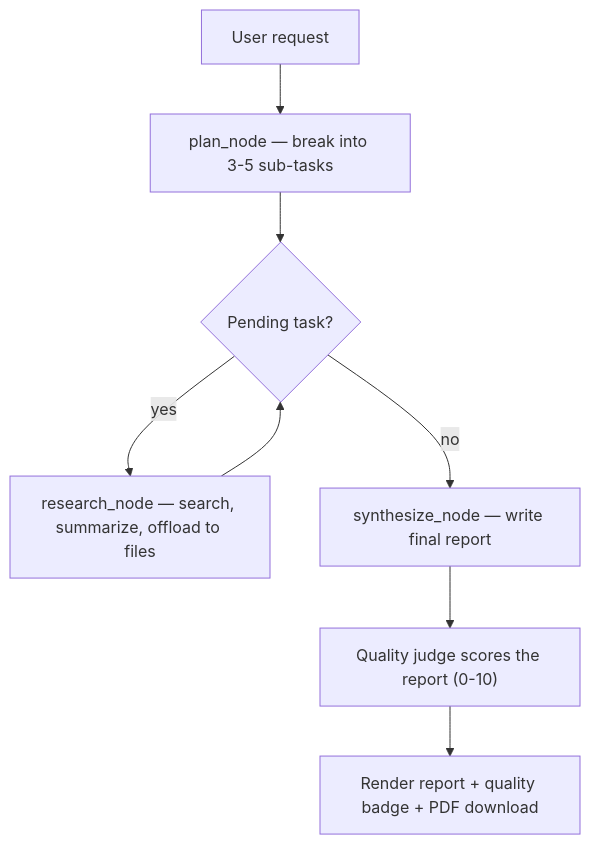
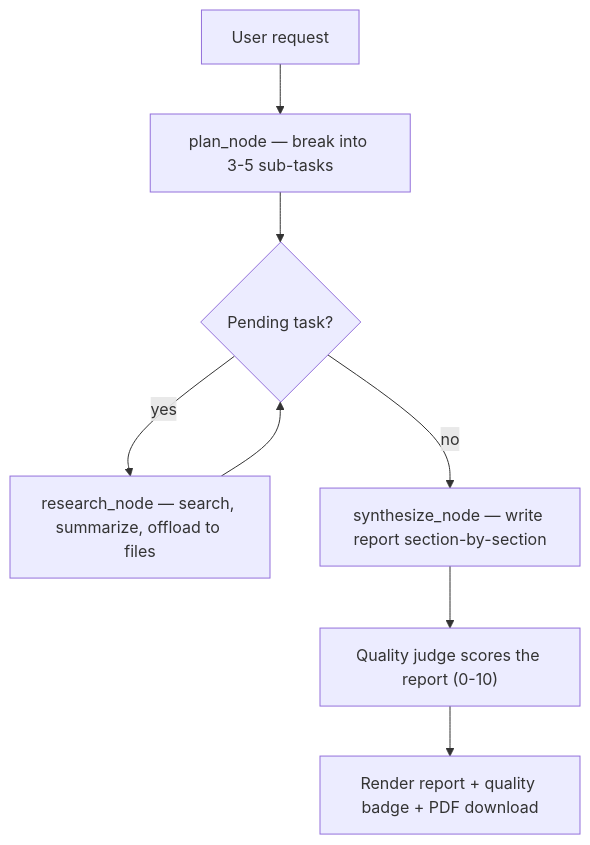
The second of 3 diagrams in README.md (Subhashreepattnaik/Autonomous_Cognitive_Engine), drawn with Mermaid before and after one commit. The commit also changed other lines of this file, not shown here.

````diff
--- a/README.md
+++ b/README.md
@@ -90,10 +91,10 @@
 ```mermaid
 flowchart TD
     A[User request] --> B["plan_node — break into 3-5 sub-tasks"]
     B --> C{Pending task?}
     C -- yes --> D["research_node — search, summarize, offload to files"]
     D --> C
-    C -- no --> E["synthesize_node — write final report"]
+    C -- no --> E["synthesize_node — write report section-by-section"]
     E --> F["Quality judge scores the report (0-10)"]
     F --> G["Render report + quality badge + PDF download"]
 ```
````
